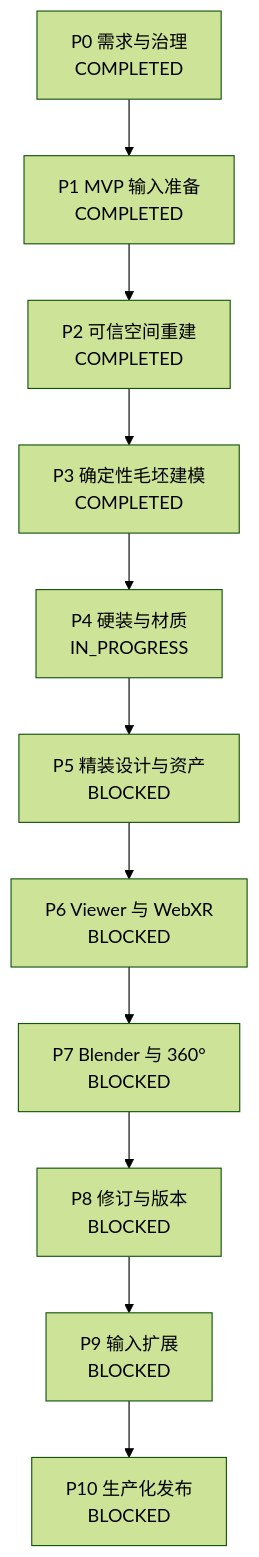
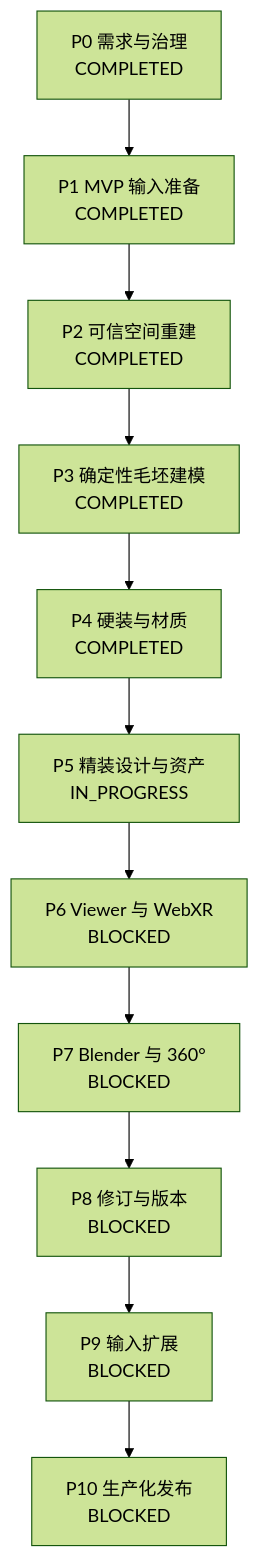
The second of 2 diagrams in 需求文档.md (keson-skill/VR-3D-Skill), drawn with Mermaid (forest theme) before and after one commit. The commit also changed other lines of this file and 7 other files, not shown here.

````diff
--- a/需求文档.md
+++ b/需求文档.md
@@ -438,13 +438,13 @@
 ```mermaid
 flowchart TD
     P0["P0 需求与治理<br/>COMPLETED"] --> P1["P1 MVP 输入准备<br/>COMPLETED"]
     P1 --> P2["P2 可信空间重建<br/>COMPLETED"]
     P2 --> P3["P3 确定性毛坯建模<br/>COMPLETED"]
-    P3 --> P4["P4 硬装与材质<br/>IN_PROGRESS"]
-    P4 --> P5["P5 精装设计与资产<br/>BLOCKED"]
+    P3 --> P4["P4 硬装与材质<br/>COMPLETED"]
+    P4 --> P5["P5 精装设计与资产<br/>IN_PROGRESS"]
     P5 --> P6["P6 Viewer 与 WebXR<br/>BLOCKED"]
     P6 --> P7["P7 Blender 与 360°<br/>BLOCKED"]
     P7 --> P8["P8 修订与版本<br/>BLOCKED"]
     P8 --> P9["P9 输入扩展<br/>BLOCKED"]
     P9 --> P10["P10 生产化发布<br/>BLOCKED"]
 ```
````
